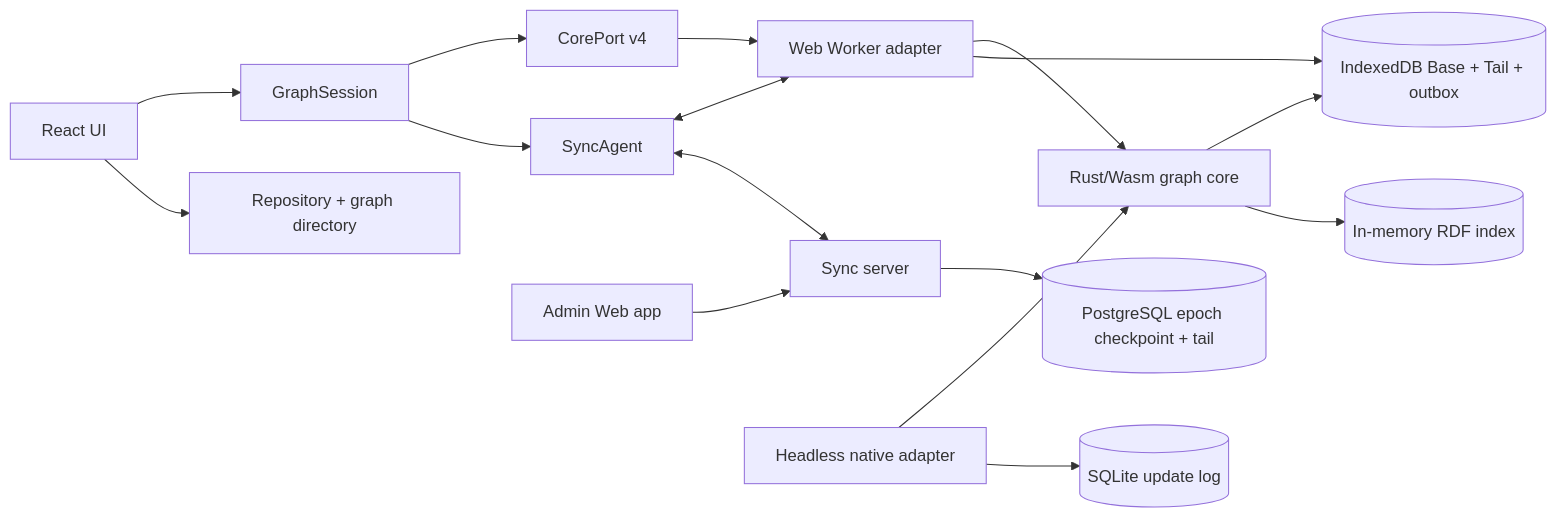
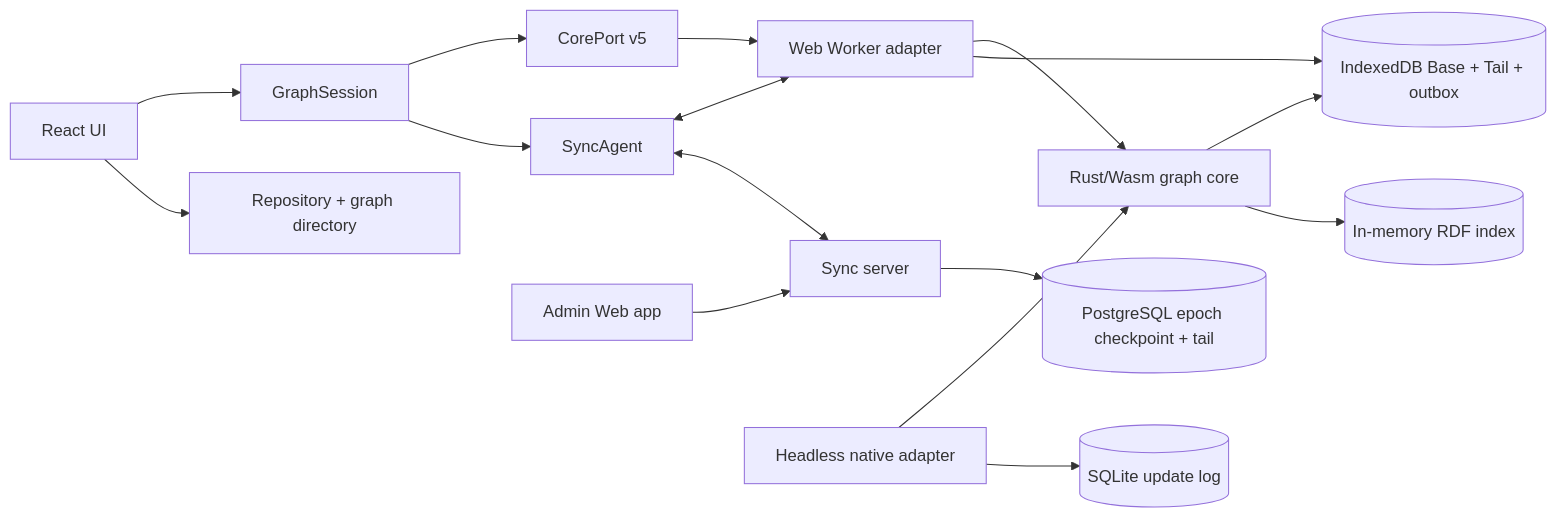
The diagram in ARCHITECTURE.md (waneon/neoseq), drawn with Mermaid before and after one commit. The commit also changed other lines of this file and 79 other files, not shown here.

````diff
--- a/ARCHITECTURE.md
+++ b/ARCHITECTURE.md
@@ -43,21 +43,21 @@
 ```mermaid
 flowchart LR
     UI[React UI] --> Session[GraphSession]
     UI --> Directory[Repository + graph directory]
-    Session --> Port[CorePort v4]
+    Session --> Port[CorePort v5]
     Session --> Agent[SyncAgent]
     Port --> Worker[Web Worker adapter]
     Worker --> Core[Rust/Wasm graph core]
     Worker --> Store[(IndexedDB Base + Tail + outbox)]
     Core --> Store
     Core --> Index[(In-memory RDF index)]
 
     Agent <--> Worker
     Agent <--> Sync[Sync server]
     Sync --> Postgres[(PostgreSQL epoch checkpoint + tail)]
 
     Admin[Admin Web app] --> Sync
 
     Native[Headless native adapter] --> Core
     Native --> SQLite[(SQLite update log)]
 ```
````
